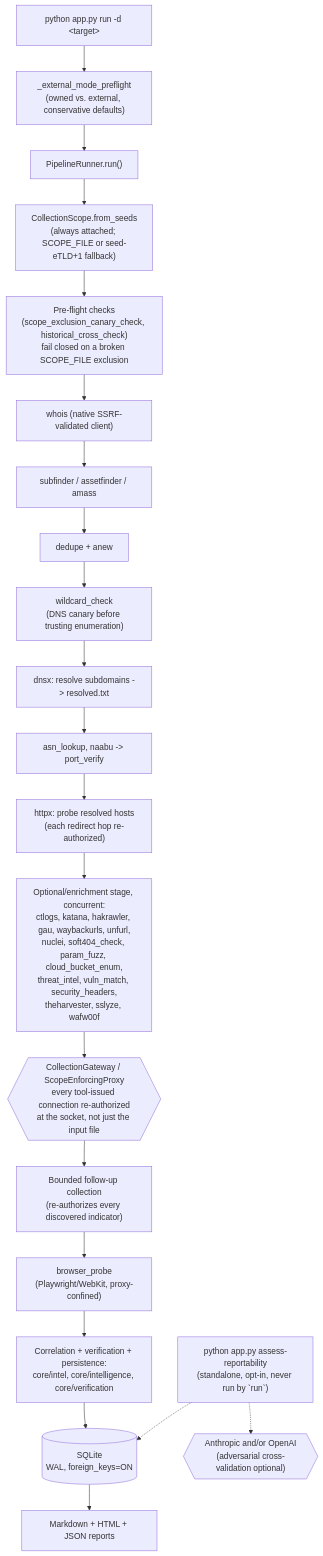
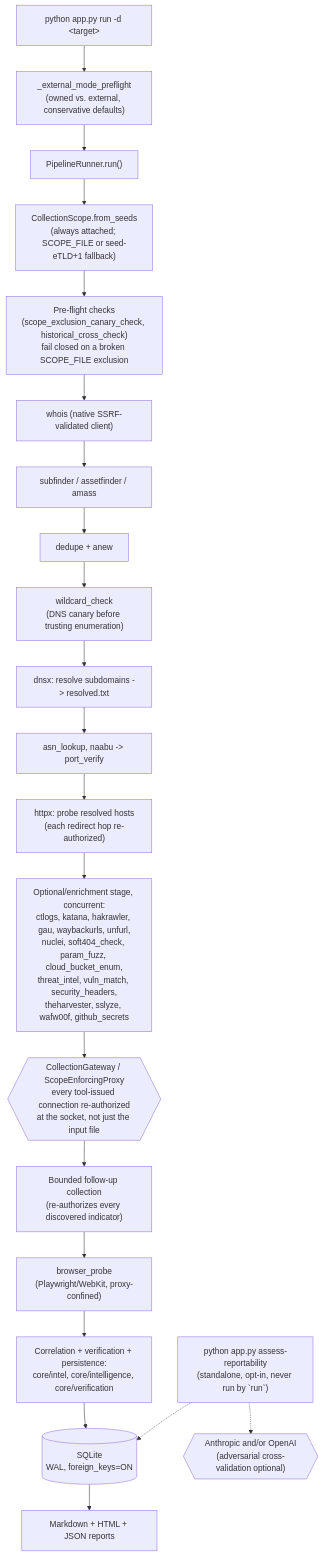
Before and after one commit to Andres-Montoya-SV/hydra: the diagram in README.md, drawn with Mermaid. The commit also changed other lines of this file and 15 other files, not shown here.

````diff
--- a/README.md
+++ b/README.md
@@ -89,24 +89,24 @@
 ```mermaid
 flowchart TD
     CLI["python app.py run -d &lt;target&gt;"] --> Preflight["_external_mode_preflight\n(owned vs. external, conservative defaults)"]
     Preflight --> Runner["PipelineRunner.run()"]
     Runner --> Scope["CollectionScope.from_seeds\n(always attached; SCOPE_FILE or seed-eTLD+1 fallback)"]
     Scope --> Canary["Pre-flight checks\n(scope_exclusion_canary_check, historical_cross_check)\nfail closed on a broken SCOPE_FILE exclusion"]
     Canary --> Whois["whois (native SSRF-validated client)"]
     Whois --> Enum["subfinder / assetfinder / amass"]
     Enum --> Dedupe["dedupe + anew"]
     Dedupe --> Wildcard["wildcard_check\n(DNS canary before trusting enumeration)"]
     Wildcard --> Dnsx["dnsx: resolve subdomains -> resolved.txt"]
     Dnsx --> AsnNaabu["asn_lookup, naabu -> port_verify"]
     AsnNaabu --> Httpx["httpx: probe resolved hosts\n(each redirect hop re-authorized)"]
-    Httpx --> Optional["Optional/enrichment stage, concurrent:\nctlogs, katana, hakrawler, gau, waybackurls, unfurl,\nnuclei, soft404_check, param_fuzz, cloud_bucket_enum,\nthreat_intel, vuln_match, security_headers,\ntheharvester, sslyze, wafw00f"]
+    Httpx --> Optional["Optional/enrichment stage, concurrent:\nctlogs, katana, hakrawler, gau, waybackurls, unfurl,\nnuclei, soft404_check, param_fuzz, cloud_bucket_enum,\nthreat_intel, vuln_match, security_headers,\ntheharvester, sslyze, wafw00f, github_secrets"]
     Optional --> Gateway{{"CollectionGateway / ScopeEnforcingProxy\nevery tool-issued connection re-authorized\nat the socket, not just the input file"}}
     Gateway --> Followup["Bounded follow-up collection\n(re-authorizes every discovered indicator)"]
     Followup --> Browser["browser_probe\n(Playwright/WebKit, proxy-confined)"]
     Browser --> Finalize["Correlation + verification + persistence:\ncore/intel, core/intelligence, core/verification"]
     Finalize --> SQLite[("SQLite\nWAL, foreign_keys=ON")]
     SQLite --> Report["Markdown + HTML + JSON reports"]
 
     Assess["python app.py assess-reportability\n(standalone, opt-in, never run by `run`)"] -.-> SQLite
     Assess -.-> LLM{{"Anthropic and/or OpenAI\n(adversarial cross-validation optional)"}}
 ```
````
